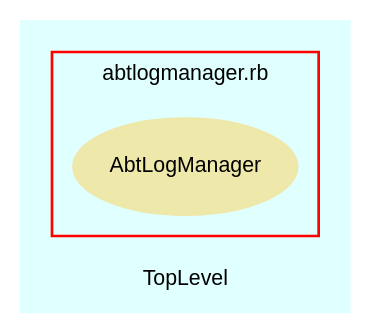
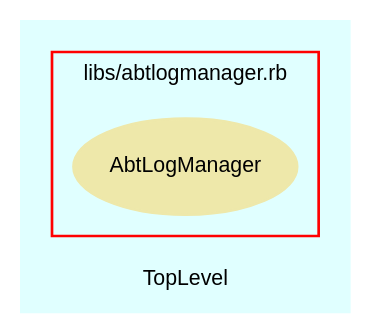
The diagram in src/trunk/doc/dot/f_2.dot (eschabell/abtlinux), drawn with Graphviz before and after one commit. The commit also changed 52 other files, not shown here.

```diff
--- a/src/trunk/doc/dot/f_2.dot
+++ b/src/trunk/doc/dot/f_2.dot
@@ -1,28 +1,28 @@
 digraph TopLevel {
     compound = true
     bgcolor = lightcyan1
     fontname = Arial
     fontsize = 8
     label = "TopLevel"
     node [
         fontname = Arial,
         fontsize = 8,
         color = black
     ]
 
     subgraph cluster_3 {
         fontname = Arial
         color = red
-        label = "abtlogmanager.rb"
+        label = "libs/abtlogmanager.rb"
         AbtLogManager [
             fontcolor = black,
             URL = "classes/AbtLogManager.html",
             shape = ellipse,
             color = palegoldenrod,
             style = filled,
             label = "AbtLogManager"
         ]
 
     }
 
 }
```
